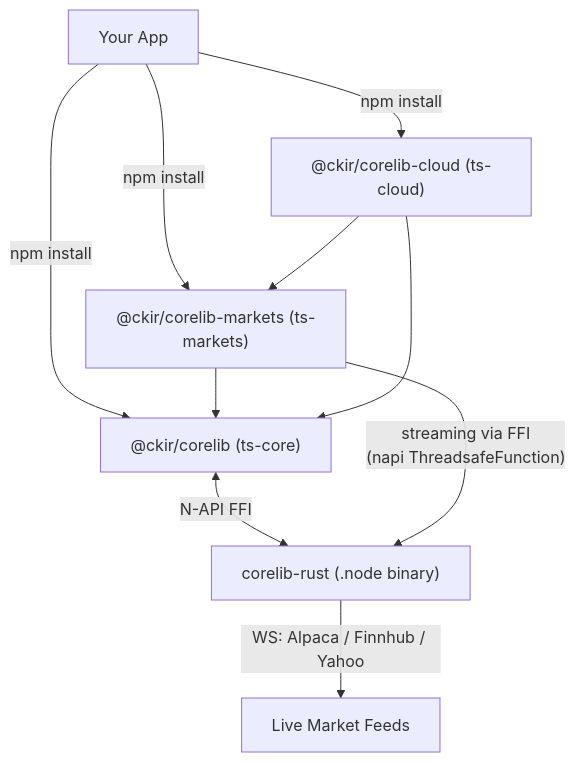
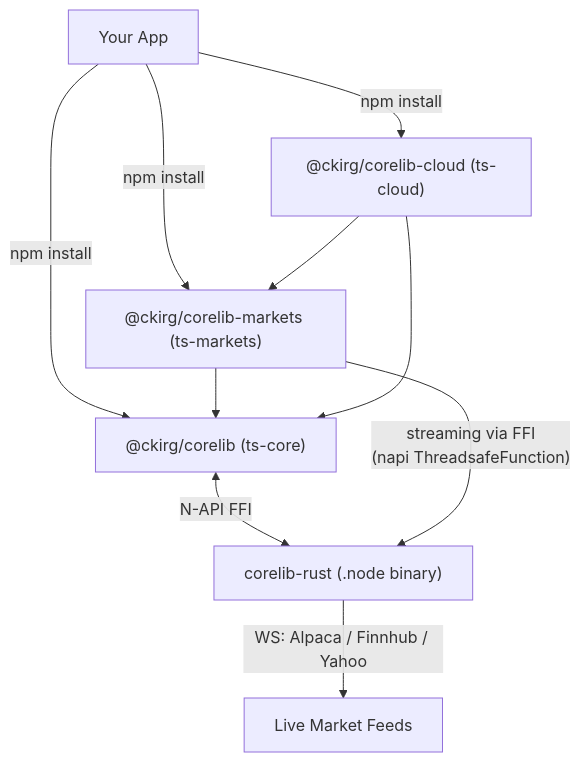
One commit to ckir/corelib changed the diagram in README.md. Above: the diagram before and after it, drawn with Mermaid. The commit also changed other lines of this file and 117 other files, not shown here.

First line of the commit message:
chore: rename npm scope @ckir -> @ckirg, release v0.1.22

````diff
--- a/README.md
+++ b/README.md
@@ -21,12 +21,12 @@
 ```mermaid
 graph TD
-    A[Your App] -->|npm install| B["@ckir/corelib (ts-core)"]
-    A -->|npm install| C["@ckir/corelib-markets (ts-markets)"]
-    A -->|npm install| D["@ckir/corelib-cloud (ts-cloud)"]
+    A[Your App] -->|npm install| B["@ckirg/corelib (ts-core)"]
+    A -->|npm install| C["@ckirg/corelib-markets (ts-markets)"]
+    A -->|npm install| D["@ckirg/corelib-cloud (ts-cloud)"]
     C --> B
     D --> B
     D --> C
     B <-->|N-API FFI| E["corelib-rust (.node binary)"]
     C -->|"streaming via FFI\n(napi ThreadsafeFunction)"| E
     E -->|"WS: Alpaca / Finnhub / Yahoo"| F[Live Market Feeds]
 ```
````
